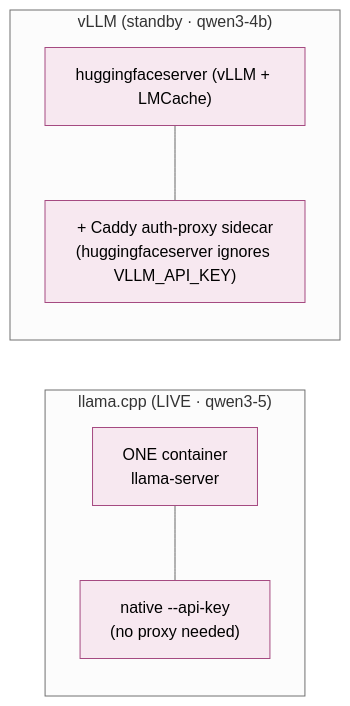
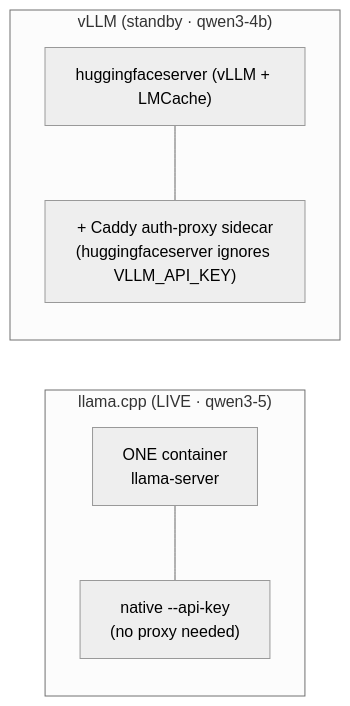
The fourth of 4 diagrams in docs/architecture/09-model-serving.md (ADORSYS-GIS/ai-helm), drawn with Mermaid (neutral theme) before and after one commit. The commit also changed other lines of this file and 13 other files, not shown here.

First line of the commit message:
docs(architecture): uncolor all mermaid; refresh CD/components; add diagrams

````diff
--- a/docs/architecture/09-model-serving.md
+++ b/docs/architecture/09-model-serving.md
@@ -94,14 +87,13 @@
 ```mermaid
 flowchart LR
     subgraph llama["llama.cpp (LIVE · qwen3-5)"]
-        L1["ONE container<br/>llama-server"]:::gpu
-        L2["native --api-key<br/>(no proxy needed)"]:::gpu
+        L1["ONE container<br/>llama-server"]
+        L2["native --api-key<br/>(no proxy needed)"]
         L1 --- L2
     end
     subgraph vllm["vLLM (standby · qwen3-4b)"]
-        V1["huggingfaceserver (vLLM + LMCache)"]:::gpu
-        V2["+ Caddy auth-proxy sidecar<br/>(huggingfaceserver ignores VLLM_API_KEY)"]:::gpu
+        V1["huggingfaceserver (vLLM + LMCache)"]
+        V2["+ Caddy auth-proxy sidecar<br/>(huggingfaceserver ignores VLLM_API_KEY)"]
         V1 --- V2
     end
-    classDef gpu fill:#f7e8f0,stroke:#a54a81;
 ```
````
